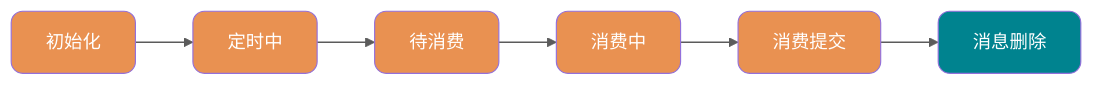
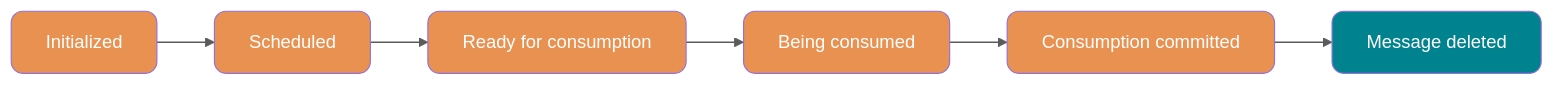
One commit to m3h3d1/JavaGuideEn changed the tenth of 13 diagrams in docs/high-performance/message-queue/rocketmq-questions.md. Above: the diagram before and after it, drawn with Mermaid. The commit also changed other lines of this file and 128 other files, not shown here.

````diff
--- a/docs/high-performance/message-queue/rocketmq-questions.md
+++ b/docs/high-performance/message-queue/rocketmq-questions.md
@@ -692,12 +692,12 @@
 ```mermaid
   flowchart LR
-      T1["初始化"] --> T2["定时中"] --> T3["待消费"] --> T4["消费中"] --> T5["消费提交"] --> T6["消息删除"]
+      T1["Initialized"] --> T2["Scheduled"] --> T3["Ready for consumption"] --> T4["Being consumed"] --> T5["Consumption committed"] --> T6["Message deleted"]
 
       classDef default fill:#E99151,color:#fff,rx:10,ry:10
       classDef final fill:#00838F,color:#fff,rx:10,ry:10
 
       class T1,T2,T3,T4,T5 default
       class T6 final
 
       linkStyle default stroke-width:1.5px,opacity:0.8
 ```
````
